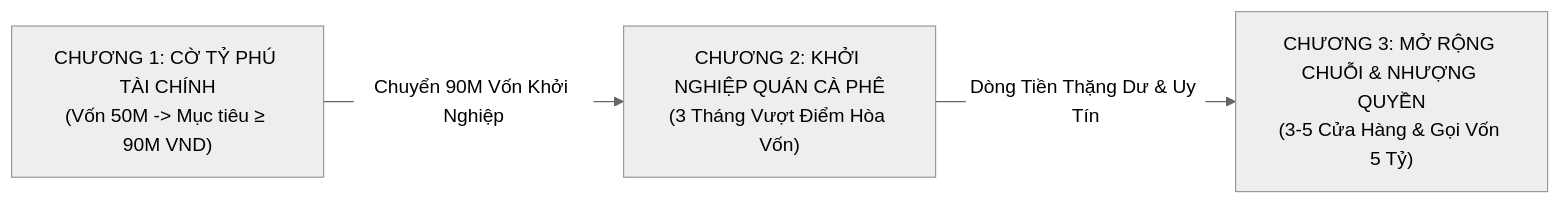
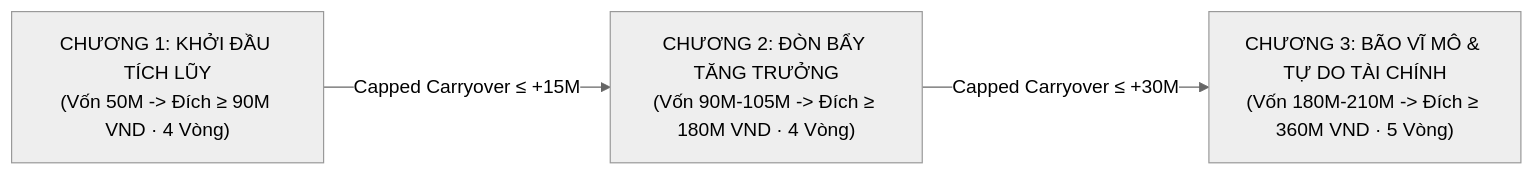
Before and after one commit to philipsgn/PlayBoard: the diagram in AGENTS.md, drawn with Mermaid (neutral theme). The commit also changed other lines of this file and 79 other files, not shown here.

````diff
--- a/AGENTS.md
+++ b/AGENTS.md
@@ -34,5 +34,5 @@
 ```mermaid
 flowchart LR
-    CH1["CHƯƠNG 1: CỜ TỶ PHÚ TÀI CHÍNH<br/>(Vốn 50M -> Mục tiêu ≥ 90M VND)"] -->|Chuyển 90M Vốn Khởi Nghiệp| CH2["CHƯƠNG 2: KHỞI NGHIỆP QUÁN CÀ PHÊ<br/>(3 Tháng Vượt Điểm Hòa Vốn)"]
-    CH2 -->|Dòng Tiền Thặng Dư & Uy Tín| CH3["CHƯƠNG 3: MỞ RỘNG CHUỖI & NHƯỢNG QUYỀN<br/>(3-5 Cửa Hàng & Gọi Vốn 5 Tỷ)"]
+    CH1["CHƯƠNG 1: KHỞI ĐẦU TÍCH LŨY<br/>(Vốn 50M -> Đích ≥ 90M VND · 4 Vòng)"] -->|Capped Carryover ≤ +15M| CH2["CHƯƠNG 2: ĐÒN BẨY TĂNG TRƯỞNG<br/>(Vốn 90M-105M -> Đích ≥ 180M VND · 4 Vòng)"]
+    CH2 -->|Capped Carryover ≤ +30M| CH3["CHƯƠNG 3: BÃO VĨ MÔ & TỰ DO TÀI CHÍNH<br/>(Vốn 180M-210M -> Đích ≥ 360M VND · 5 Vòng)"]
 ```
````
